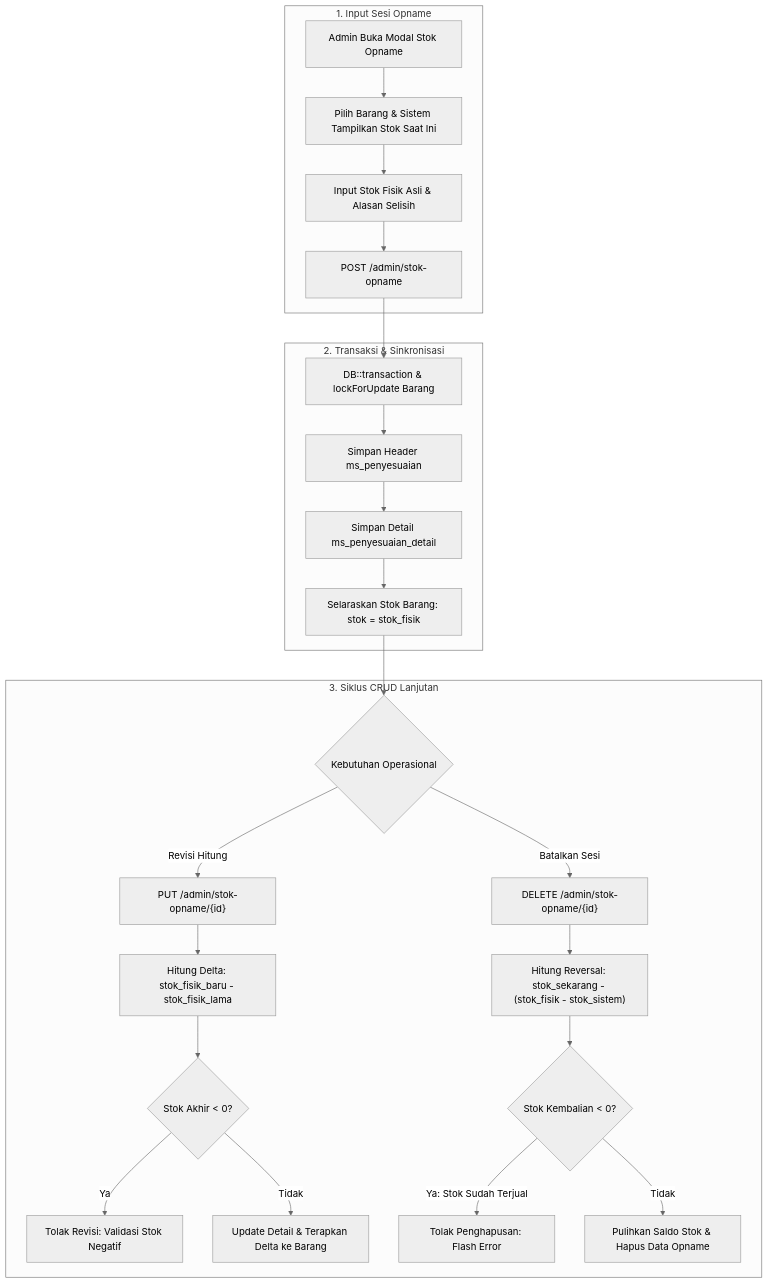
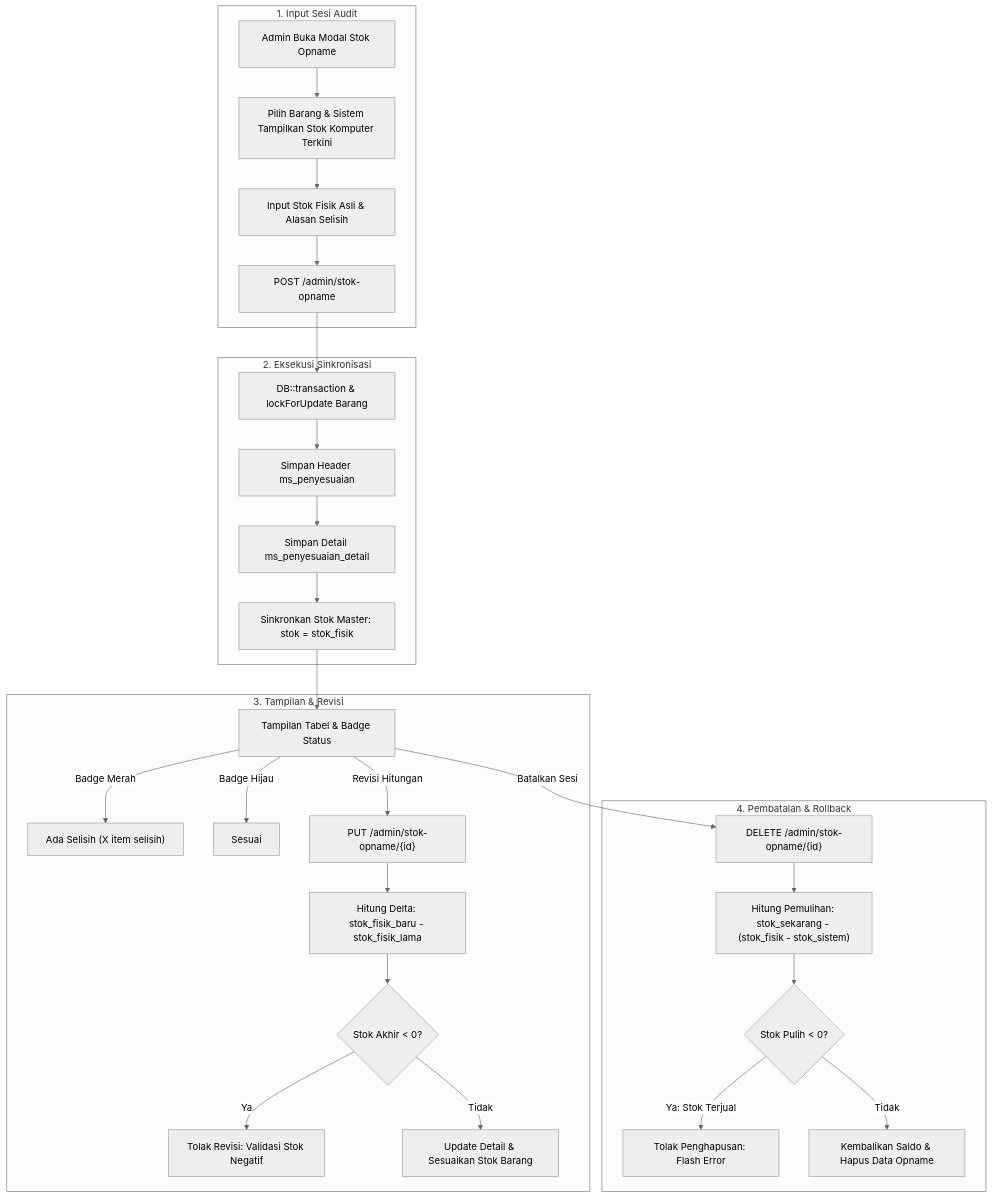
Before and after one commit to Tezz22/Aplikasi-POS-Bengkel-Pradan-Motor: the fifth of 5 diagrams in alur.md, drawn with Mermaid (neutral theme). The commit also changed other lines of this file and 13 other files, not shown here.

````diff
--- a/alur.md
+++ b/alur.md
@@ -290,30 +378,34 @@
 ```mermaid
 flowchart TD
-    subgraph Input_Audit[1. Input Sesi Opname]
-        A[Admin Buka Modal Stok Opname] --> B[Pilih Barang & Sistem Tampilkan Stok Saat Ini]
+    subgraph Tahap_1[1. Input Sesi Audit]
+        A[Admin Buka Modal Stok Opname] --> B[Pilih Barang & Sistem Tampilkan Stok Komputer Terkini]
         B --> C[Input Stok Fisik Asli & Alasan Selisih]
         C --> D[POST /admin/stok-opname]
     end
 
-    subgraph Database_Sync[2. Transaksi & Sinkronisasi]
+    subgraph Tahap_2[2. Eksekusi Sinkronisasi]
         D --> E[DB::transaction & lockForUpdate Barang]
         E --> F[Simpan Header ms_penyesuaian]
         F --> G[Simpan Detail ms_penyesuaian_detail]
-        G --> H["Selaraskan Stok Barang: stok = stok_fisik"]
+        G --> H["Sinkronkan Stok Master: stok = stok_fisik"]
     end
 
-    subgraph CRUD_Siklus[3. Siklus CRUD Lanjutan]
-        H --> I{Kebutuhan Operasional}
-        I -->|Revisi Hitung| J["PUT /admin/stok-opname/{id}"]
-        J --> K["Hitung Delta: stok_fisik_baru - stok_fisik_lama"]
-        K --> L{"Stok Akhir < 0?"}
-        L -->|Ya| M[Tolak Revisi: Validasi Stok Negatif]
-        L -->|Tidak| N["Update Detail & Terapkan Delta ke Barang"]
+    subgraph Tahap_3[3. Tampilan & Revisi]
+        H --> I[Tampilan Tabel & Badge Status]
+        I -->|Badge Merah| J["Ada Selisih (X item selisih)"]
+        I -->|Badge Hijau| K["Sesuai"]
+        I -->|Revisi Hitungan| L["PUT /admin/stok-opname/{id}"]
+        L --> M["Hitung Delta: stok_fisik_baru - stok_fisik_lama"]
+        M --> N{"Stok Akhir < 0?"}
+        N -->|Ya| O[Tolak Revisi: Validasi Stok Negatif]
+        N -->|Tidak| P["Update Detail & Sesuaikan Stok Barang"]
+    end
 
-        I -->|Batalkan Sesi| O["DELETE /admin/stok-opname/{id}"]
-        O --> P["Hitung Reversal: stok_sekarang - (stok_fisik - stok_sistem)"]
-        P --> Q{"Stok Kembalian < 0?"}
-        Q -->|Ya: Stok Sudah Terjual| R[Tolak Penghapusan: Flash Error]
-        Q -->|Tidak| S["Pulihkan Saldo Stok & Hapus Data Opname"]
+    subgraph Tahap_4[4. Pembatalan & Rollback]
+        I -->|Batalkan Sesi| Q["DELETE /admin/stok-opname/{id}"]
+        Q --> R["Hitung Pemulihan: stok_sekarang - (stok_fisik - stok_sistem)"]
+        R --> S{"Stok Pulih < 0?"}
+        S -->|Ya: Stok Terjual| T[Tolak Penghapusan: Flash Error]
+        S -->|Tidak| U["Kembalikan Saldo & Hapus Data Opname"]
     end
 ```
````
